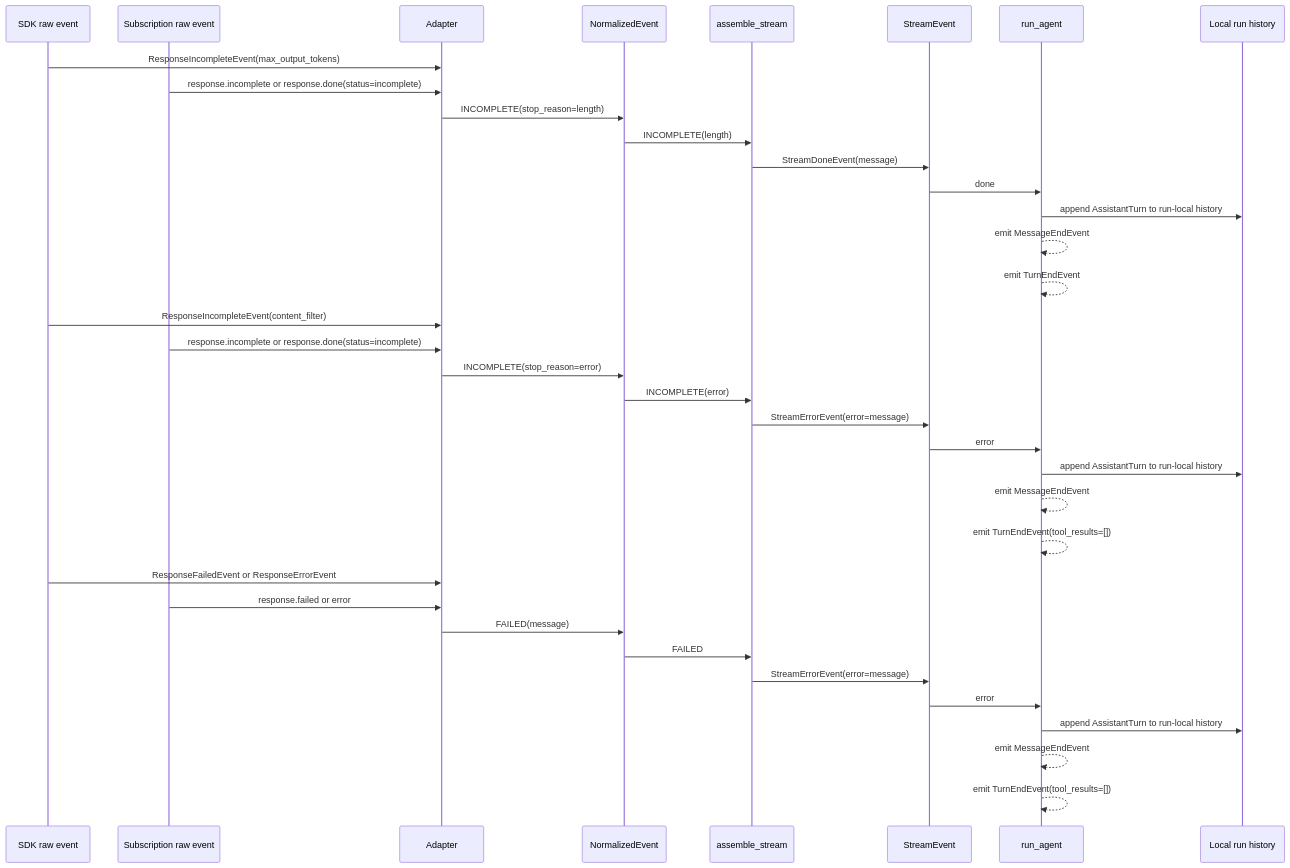
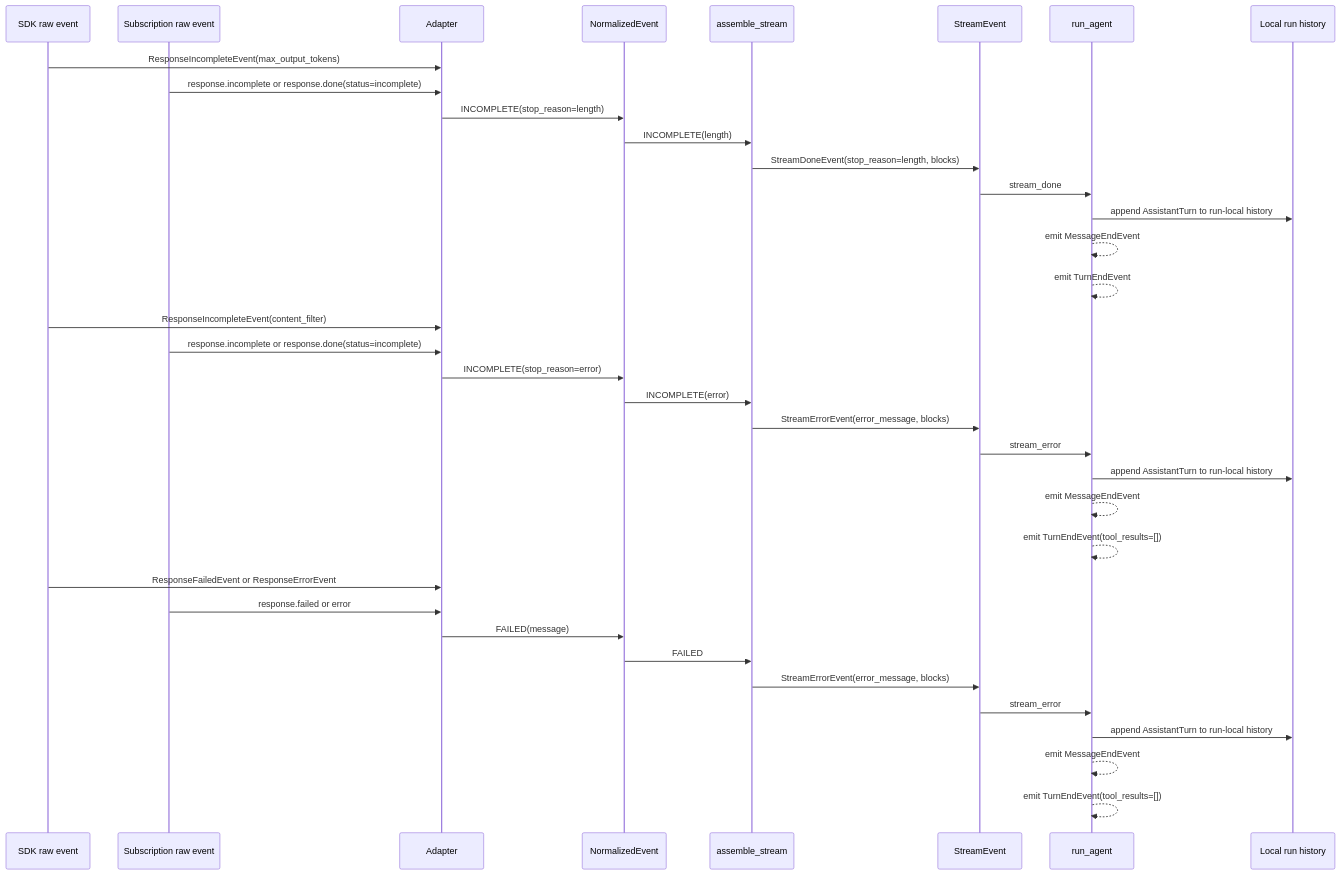
One commit to muneebshahid/tile changed the eighth of 8 diagrams in docs/openai-stream-event-lifecycle.md. Above: the diagram before and after it, drawn with Mermaid. The commit also changed other lines of this file and 19 other files, not shown here.

First line of the commit message:
[codex] Refactor agent stream event contracts (#5)

````diff
--- a/docs/openai-stream-event-lifecycle.md
+++ b/docs/openai-stream-event-lifecycle.md
@@ -278,41 +274,41 @@
 ```mermaid
 sequenceDiagram
     participant SDK as SDK raw event
     participant Sub as Subscription raw event
     participant Adapter as Adapter
     participant Norm as NormalizedEvent
     participant Asm as assemble_stream
     participant Stream as StreamEvent
     participant Agent as run_agent
     participant Hist as Local run history
 
     SDK->>Adapter: ResponseIncompleteEvent(max_output_tokens)
     Sub->>Adapter: response.incomplete or response.done(status=incomplete)
     Adapter->>Norm: INCOMPLETE(stop_reason=length)
     Norm->>Asm: INCOMPLETE(length)
-    Asm->>Stream: StreamDoneEvent(message)
-    Stream->>Agent: done
+    Asm->>Stream: StreamDoneEvent(stop_reason=length, blocks)
+    Stream->>Agent: stream_done
     Agent->>Hist: append AssistantTurn to run-local history
     Agent-->>Agent: emit MessageEndEvent
     Agent-->>Agent: emit TurnEndEvent
 
     SDK->>Adapter: ResponseIncompleteEvent(content_filter)
     Sub->>Adapter: response.incomplete or response.done(status=incomplete)
     Adapter->>Norm: INCOMPLETE(stop_reason=error)
     Norm->>Asm: INCOMPLETE(error)
-    Asm->>Stream: StreamErrorEvent(error=message)
-    Stream->>Agent: error
+    Asm->>Stream: StreamErrorEvent(error_message, blocks)
+    Stream->>Agent: stream_error
     Agent->>Hist: append AssistantTurn to run-local history
     Agent-->>Agent: emit MessageEndEvent
     Agent-->>Agent: emit TurnEndEvent(tool_results=[])
 
     SDK->>Adapter: ResponseFailedEvent or ResponseErrorEvent
     Sub->>Adapter: response.failed or error
     Adapter->>Norm: FAILED(message)
     Norm->>Asm: FAILED
-    Asm->>Stream: StreamErrorEvent(error=message)
-    Stream->>Agent: error
+    Asm->>Stream: StreamErrorEvent(error_message, blocks)
+    Stream->>Agent: stream_error
     Agent->>Hist: append AssistantTurn to run-local history
     Agent-->>Agent: emit MessageEndEvent
     Agent-->>Agent: emit TurnEndEvent(tool_results=[])
 ```
````
